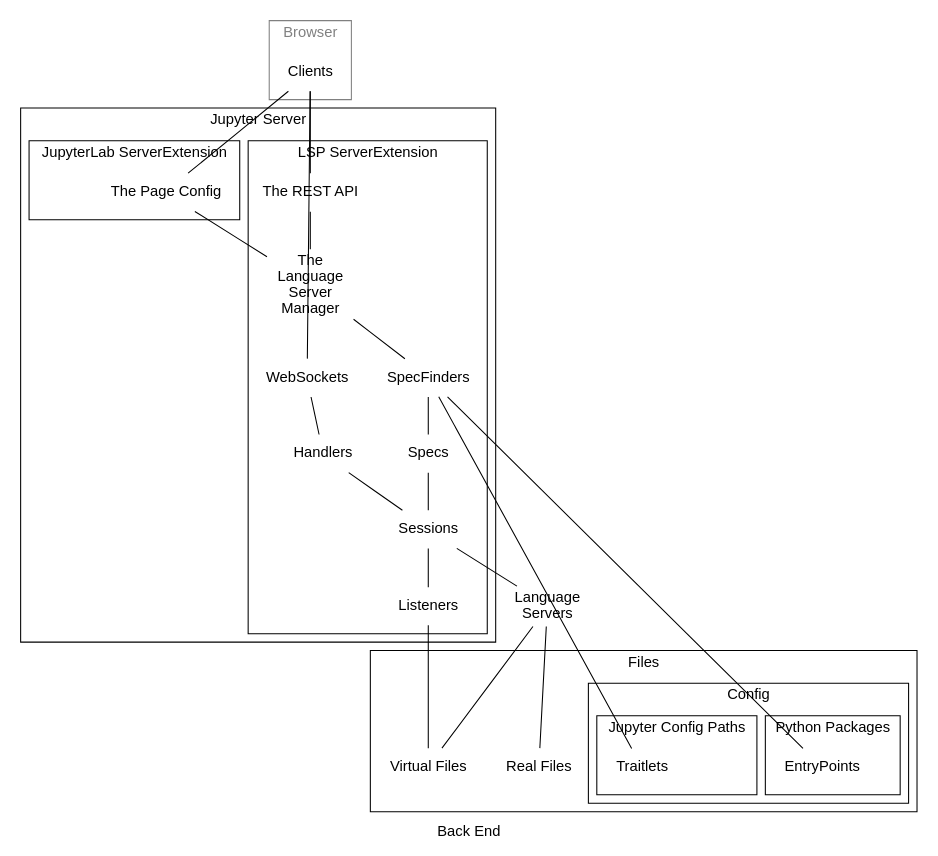
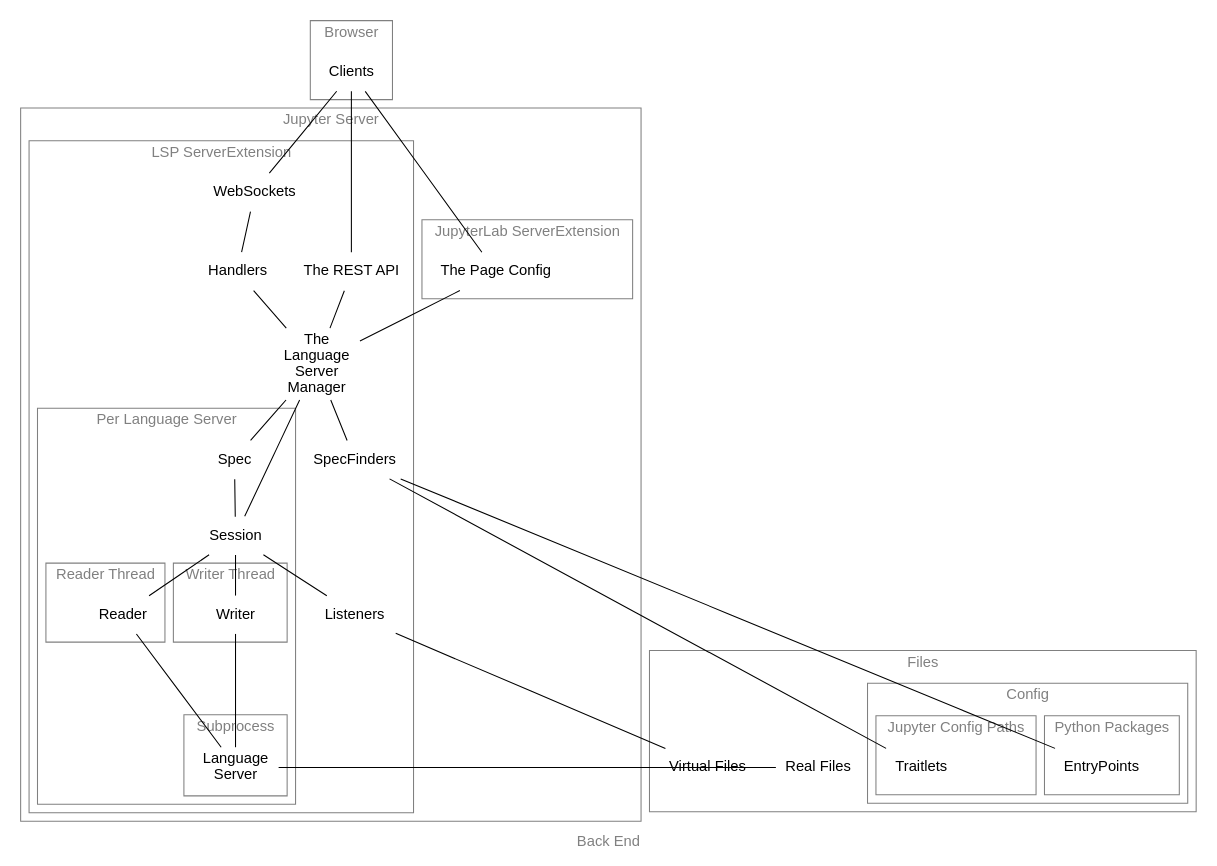
One commit to jupyter-lsp/jupyterlab-lsp changed the diagram in docs/dot/as-is/backend.dot. Above: the diagram before and after it, drawn with Graphviz. The commit also changed 1 other file, not shown here.

Commit message:
some updating of the architecture docs

```diff
--- a/docs/dot/as-is/backend.dot
+++ b/docs/dot/as-is/backend.dot
@@ -1,48 +1,62 @@
 graph backend {
     label="Back End"
     splines="line"
     fontname="sans-serif"
     node[shape=none fontname="sans-serif"]
     edge[fontname="sans-serif"]
+    graph[fontcolor=grey color=grey]
+
     subgraph cluster_browser {
-    graph[fontcolor=grey color=grey]
         label=Browser
         Clients
     }
+    
     subgraph cluster_notebook { label="Jupyter Server"
         subgraph cluster_lsp { label="LSP ServerExtension"
-            Sessions
             Manager[label="The\nLanguage\nServer\nManager"]
-            Handlers
+            Handlers    
             WebSockets
             SpecFinders
-            Specs
+            subgraph cluster_lsp { label="Per Language Server"
+                Spec
+                Session
+                subgraph cluster_read_thread { label="Reader Thread"
+                    Reader
+                }
+                subgraph cluster_write_thread { label="Writer Thread"
+                    Writer
+                }
+                subgraph cluster_ls_process { label="Subprocess"
+                    LanguageServer[label="Language\nServer"]
+                }
+            }
             Listeners
             RestAPI[label="The REST API"]
         }
         subgraph cluster_lab_ext { label="JupyterLab ServerExtension"
             PageConfig[label="The Page Config"]
         }
     }
 
     subgraph cluster_files { label="Files"
         RealFiles[label="Real Files"]
         VirtualFiles[label="Virtual Files"]
         subgraph cluster_config { label="Config"
             subgraph cluster_jupyter_cfg { label="Jupyter Config Paths"
                 Traitlets
             }
             subgraph cluster_python_pkgs { label="Python Packages"
                 EntryPoints
             }
         }
     }
-
-    LanguageServers[label="Language\nServers"]
+    
     Clients -- {RestAPI PageConfig} -- Manager
-    Clients -- WebSockets -- Handlers -- Sessions -- LanguageServers
-    {Manager Traitlets EntryPoints} -- SpecFinders -- Specs
-    Specs -- Sessions
-    Sessions -- Listeners -- VirtualFiles
-    LanguageServers -- {RealFiles VirtualFiles}
+    Clients -- WebSockets -- Handlers -- Manager
+    Session -- {Reader Writer} -- LanguageServer
+    {Manager Traitlets EntryPoints} -- SpecFinders 
+    Manager -- {Spec Session}
+    Spec -- Session
+    Session -- Listeners -- VirtualFiles
+    LanguageServer -- {RealFiles VirtualFiles}
 }
```
